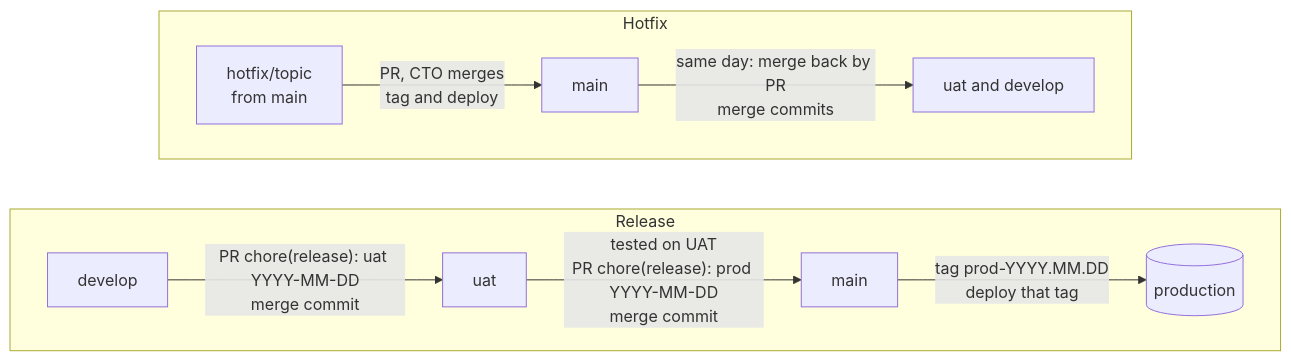
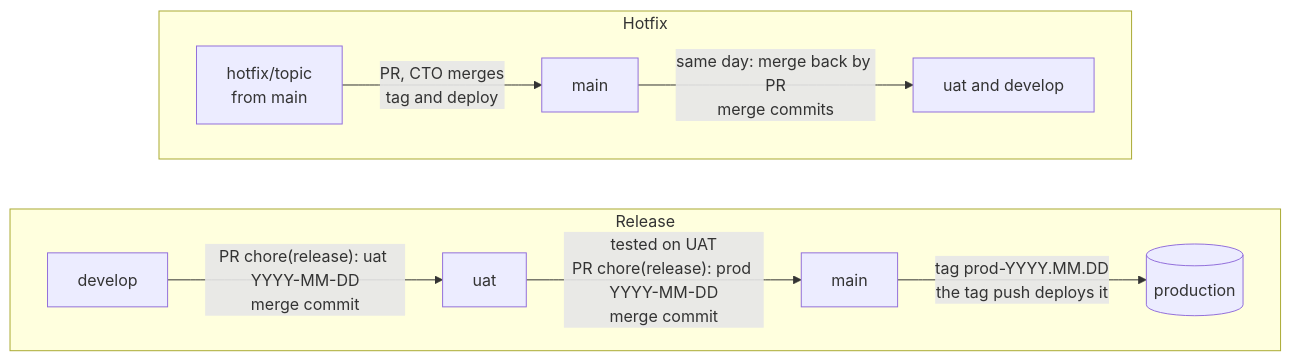
Before and after one commit to Jacob-Valor/paperplane-engineering-workflow-skills: the second of 2 diagrams in README.md, drawn with Mermaid. The commit also changed other lines of this file and 42 other files, not shown here.

````diff
--- a/README.md
+++ b/README.md
@@ -147,14 +149,14 @@
 ```mermaid
 flowchart LR
   subgraph release["Release"]
     direction LR
     D[develop] -->|"PR chore(release): uat YYYY-MM-DD<br/>merge commit"| U[uat]
     U -->|"tested on UAT<br/>PR chore(release): prod YYYY-MM-DD<br/>merge commit"| M[main]
-    M -->|"tag prod-YYYY.MM.DD<br/>deploy that tag"| P[(production)]
+    M -->|"tag prod-YYYY.MM.DD<br/>the tag push deploys it"| P[(production)]
   end
   subgraph hotfix["Hotfix"]
     direction LR
     H["hotfix/topic<br/>from main"] -->|"PR, CTO merges<br/>tag and deploy"| HM[main]
     HM -->|"same day: merge back by PR<br/>merge commits"| B["uat and develop"]
   end
 ```
````
